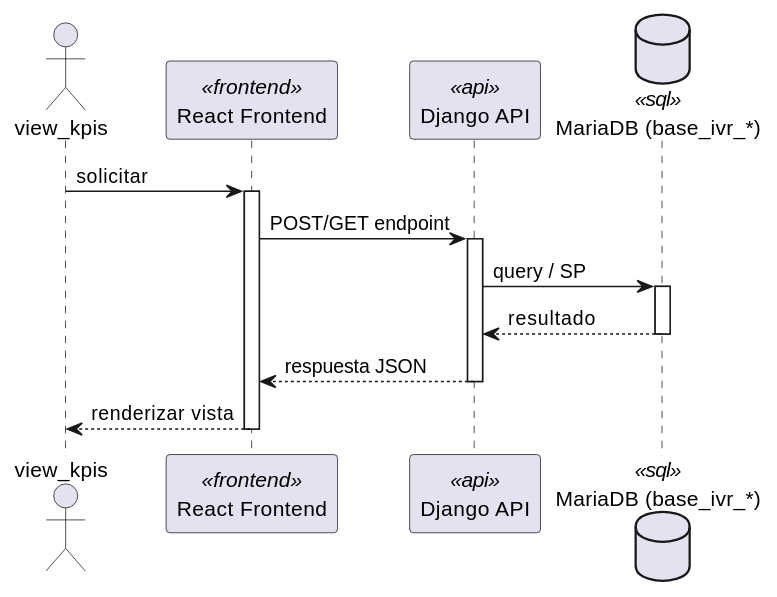
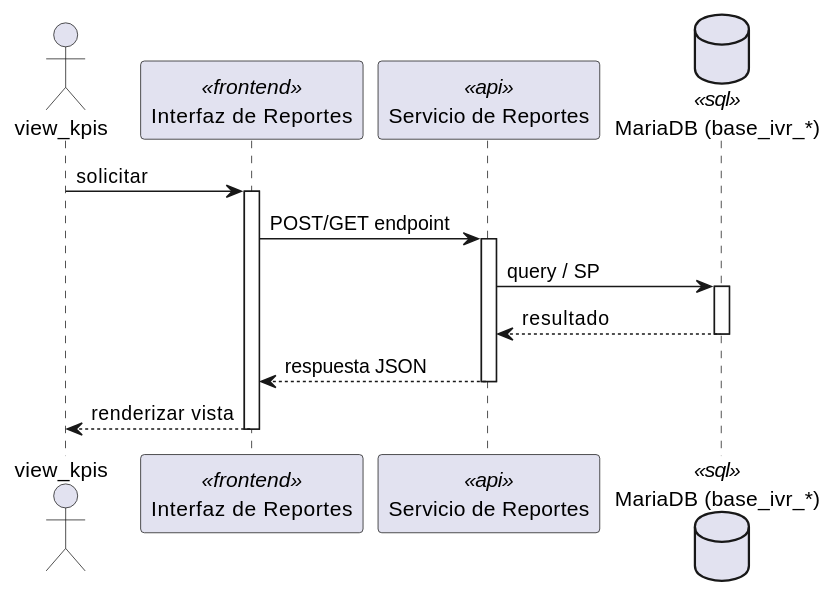
One commit to jcg-admin/IACT-docs changed the first of 2 diagrams in source/arquitectura-tecnica/DesignView/rpt-02.rst. Above: the diagram before and after it, drawn with PlantUML. The commit also changed other lines of this file and 243 other files, not shown here.

First line of the commit message:
Add missing diagrams and fix participant names across Kruchten views

```diff
--- a/source/arquitectura-tecnica/DesignView/rpt-02.rst
+++ b/source/arquitectura-tecnica/DesignView/rpt-02.rst
@@ -22,28 +22,28 @@
 .. uml::
  :caption: UC_RPT_02 — Design View (secuencia)
 
  @startuml
 
  actor "view_kpis" as view_kpis
- participant "React Frontend" as Frontend <<frontend>>
- participant "Django API" as APIServer <<api>>
- database "MariaDB (base_ivr_*)" as BaseDatos <<sql>>
+ participant "Interfaz de Reportes" as Iface <<frontend>>
+ participant "Servicio de Reportes" as SvcNode <<api>>
+ database "MariaDB (base_ivr_*)" as Store <<sql>>
 
- view_kpis -> Frontend : solicitar
- activate Frontend
+ view_kpis -> Iface : solicitar
+ activate Iface
 
- Frontend -> APIServer : POST/GET endpoint
- activate APIServer
+ Iface -> SvcNode : POST/GET endpoint
+ activate SvcNode
 
- APIServer -> BaseDatos : query / SP
- activate BaseDatos
- BaseDatos --> APIServer : resultado
- deactivate BaseDatos
+ SvcNode -> Store : query / SP
+ activate Store
+ Store --> SvcNode : resultado
+ deactivate Store
 
- APIServer --> Frontend : respuesta JSON
- deactivate APIServer
+ SvcNode --> Iface : respuesta JSON
+ deactivate SvcNode
 
- Frontend --> view_kpis : renderizar vista
- deactivate Frontend
+ Iface --> view_kpis : renderizar vista
+ deactivate Iface
 
  @enduml
```
